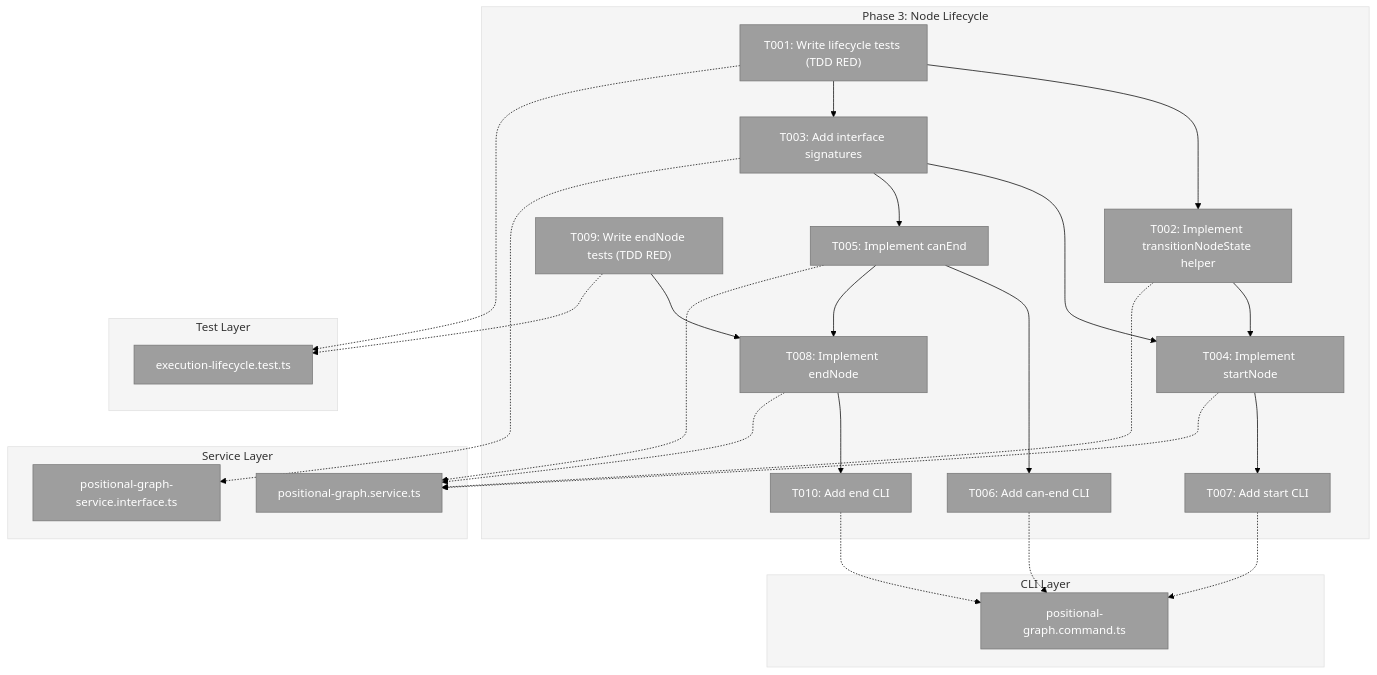
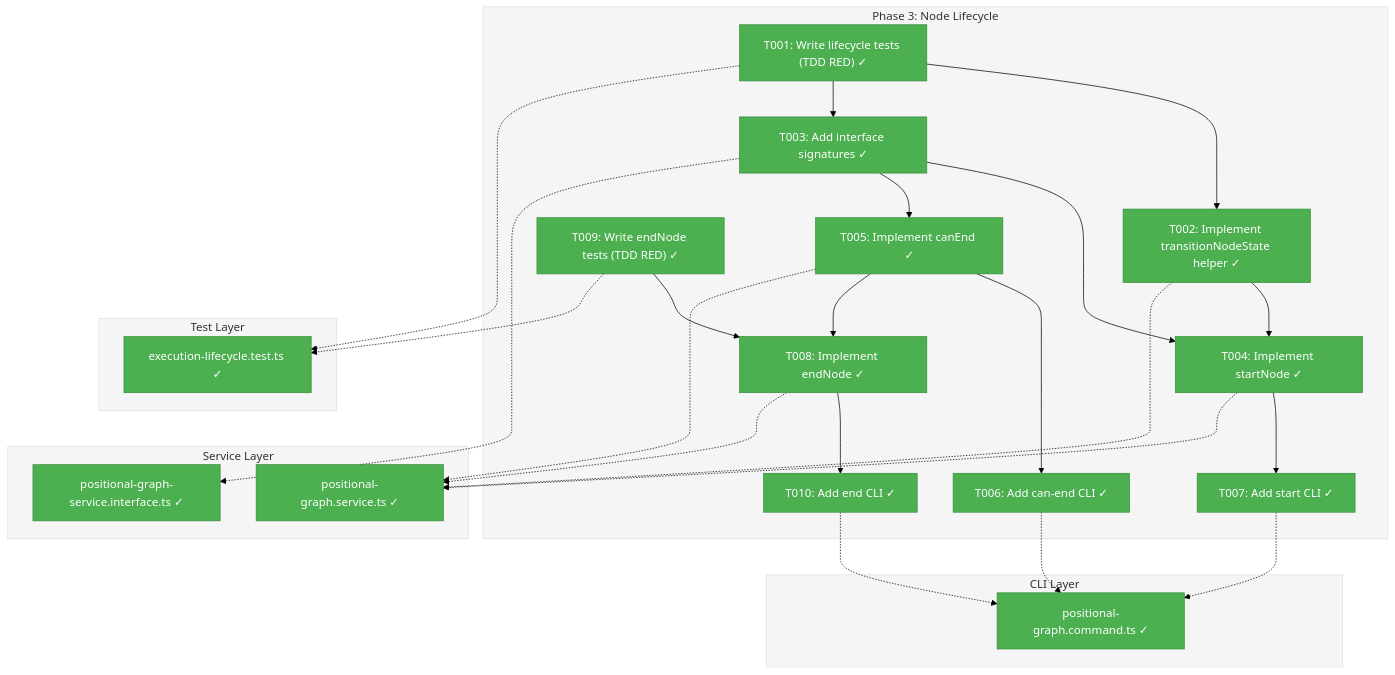
Before and after one commit to AI-Substrate/chainglass: the first of 4 diagrams in docs/plans/028-pos-agentic-cli/tasks/phase-3-node-lifecycle/tasks.md, drawn with Mermaid (forest theme). The commit also changed other lines of this file and 10 other files, not shown here.

First line of the commit message:
feat(positional-graph): Phase 3 node lifecycle - start, can-end, end commands

````diff
--- a/docs/plans/028-pos-agentic-cli/tasks/phase-3-node-lifecycle/tasks.md
+++ b/docs/plans/028-pos-agentic-cli/tasks/phase-3-node-lifecycle/tasks.md
@@ -116,60 +119,60 @@
 ```mermaid
 flowchart TD
     classDef pending fill:#9E9E9E,stroke:#757575,color:#fff
     classDef inprogress fill:#FF9800,stroke:#F57C00,color:#fff
     classDef completed fill:#4CAF50,stroke:#388E3C,color:#fff
     classDef blocked fill:#F44336,stroke:#D32F2F,color:#fff
 
     style Phase fill:#F5F5F5,stroke:#E0E0E0
     style Service fill:#F5F5F5,stroke:#E0E0E0
     style CLI fill:#F5F5F5,stroke:#E0E0E0
     style Tests fill:#F5F5F5,stroke:#E0E0E0
 
     subgraph Phase["Phase 3: Node Lifecycle"]
-        T001["T001: Write lifecycle tests (TDD RED)"]:::pending
-        T002["T002: Implement transitionNodeState helper"]:::pending
-        T003["T003: Add interface signatures"]:::pending
-        T004["T004: Implement startNode"]:::pending
-        T005["T005: Implement canEnd"]:::pending
-        T006["T006: Add can-end CLI"]:::pending
-        T007["T007: Add start CLI"]:::pending
-        T008["T008: Implement endNode"]:::pending
-        T009["T009: Write endNode tests (TDD RED)"]:::pending
-        T010["T010: Add end CLI"]:::pending
+        T001["T001: Write lifecycle tests (TDD RED) ✓"]:::completed
+        T002["T002: Implement transitionNodeState helper ✓"]:::completed
+        T003["T003: Add interface signatures ✓"]:::completed
+        T004["T004: Implement startNode ✓"]:::completed
+        T005["T005: Implement canEnd ✓"]:::completed
+        T006["T006: Add can-end CLI ✓"]:::completed
+        T007["T007: Add start CLI ✓"]:::completed
+        T008["T008: Implement endNode ✓"]:::completed
+        T009["T009: Write endNode tests (TDD RED) ✓"]:::completed
+        T010["T010: Add end CLI ✓"]:::completed
 
         T001 --> T002
         T001 --> T003
         T002 --> T004
         T003 --> T004
         T003 --> T005
         T004 --> T007
         T005 --> T006
         T005 --> T008
         T009 --> T008
         T008 --> T010
     end
 
     subgraph Service["Service Layer"]
-        S1["positional-graph.service.ts"]:::pending
-        S2["positional-graph-service.interface.ts"]:::pending
+        S1["positional-graph.service.ts ✓"]:::completed
+        S2["positional-graph-service.interface.ts ✓"]:::completed
     end
 
     subgraph CLI["CLI Layer"]
-        C1["positional-graph.command.ts"]:::pending
+        C1["positional-graph.command.ts ✓"]:::completed
     end
 
     subgraph Tests["Test Layer"]
-        TS1["execution-lifecycle.test.ts"]:::pending
+        TS1["execution-lifecycle.test.ts ✓"]:::completed
     end
 
     T002 -.-> S1
     T003 -.-> S2
     T004 -.-> S1
     T005 -.-> S1
     T006 -.-> C1
     T007 -.-> C1
     T008 -.-> S1
     T010 -.-> C1
     T001 -.-> TS1
     T009 -.-> TS1
 ```
````
